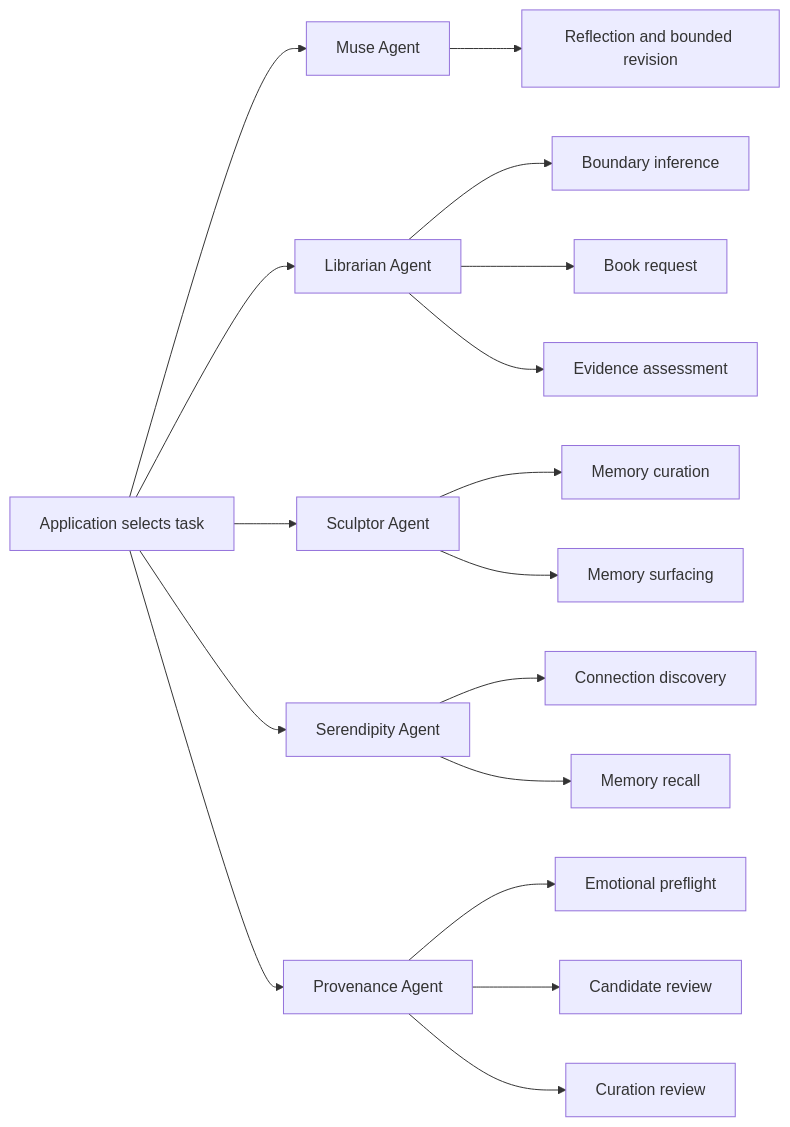
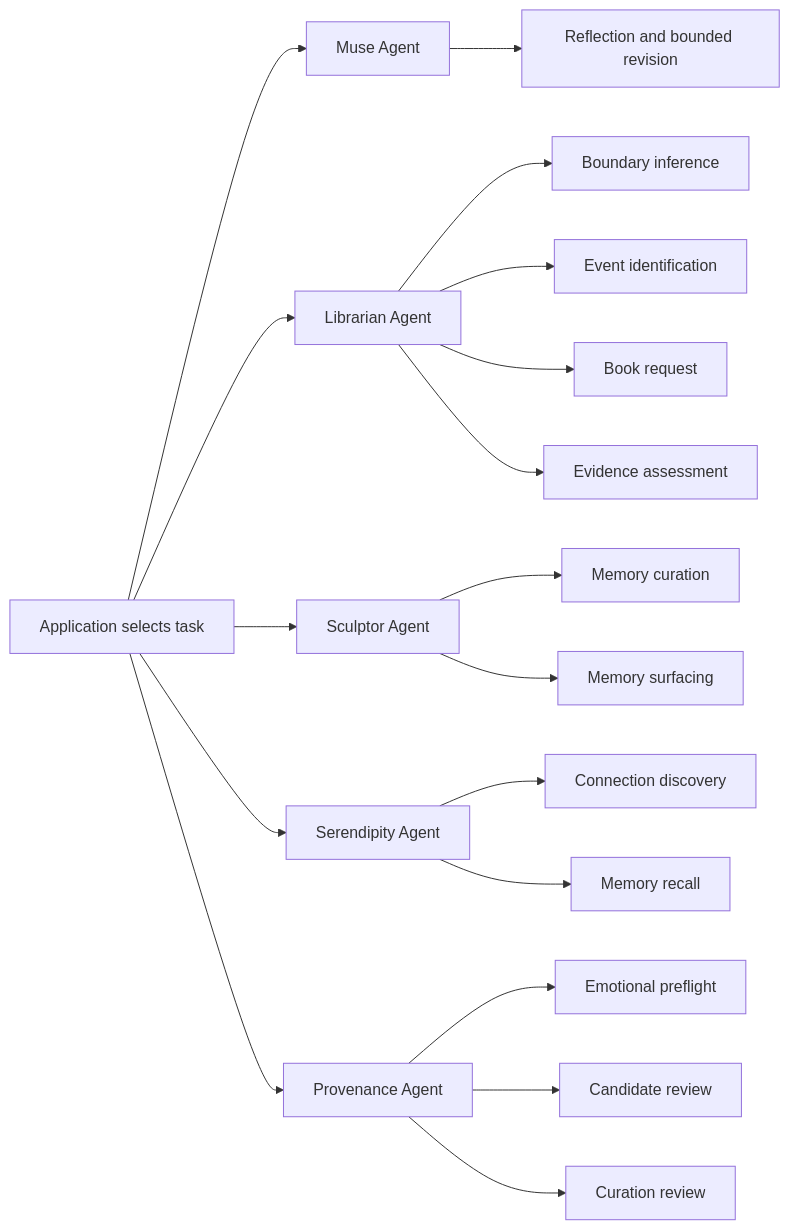
The first of 2 diagrams in docs/agent-skills.md (DesmondChoy/linger), drawn with Mermaid before and after one commit. The commit also changed other lines of this file and 29 other files, not shown here.

````diff
--- a/docs/agent-skills.md
+++ b/docs/agent-skills.md
@@ -33,19 +33,20 @@
 ```mermaid
 flowchart LR
     App[Application selects task] --> Muse[Muse Agent]
     App --> Librarian[Librarian Agent]
     App --> Sculptor[Sculptor Agent]
     App --> Serendipity[Serendipity Agent]
     App --> Provenance[Provenance Agent]
     Muse --> Reflection[Reflection and bounded revision]
     Librarian --> Boundary[Boundary inference]
+    Librarian --> Identify[Event identification]
     Librarian --> Request[Book request]
     Librarian --> Strength[Evidence assessment]
     Sculptor --> Curation[Memory curation]
     Sculptor --> Surfacing[Memory surfacing]
     Serendipity --> Connection[Connection discovery]
     Serendipity --> Recall[Memory recall]
     Provenance --> Preflight[Emotional preflight]
     Provenance --> Candidate[Candidate review]
     Provenance --> CurationReview[Curation review]
 ```
````
